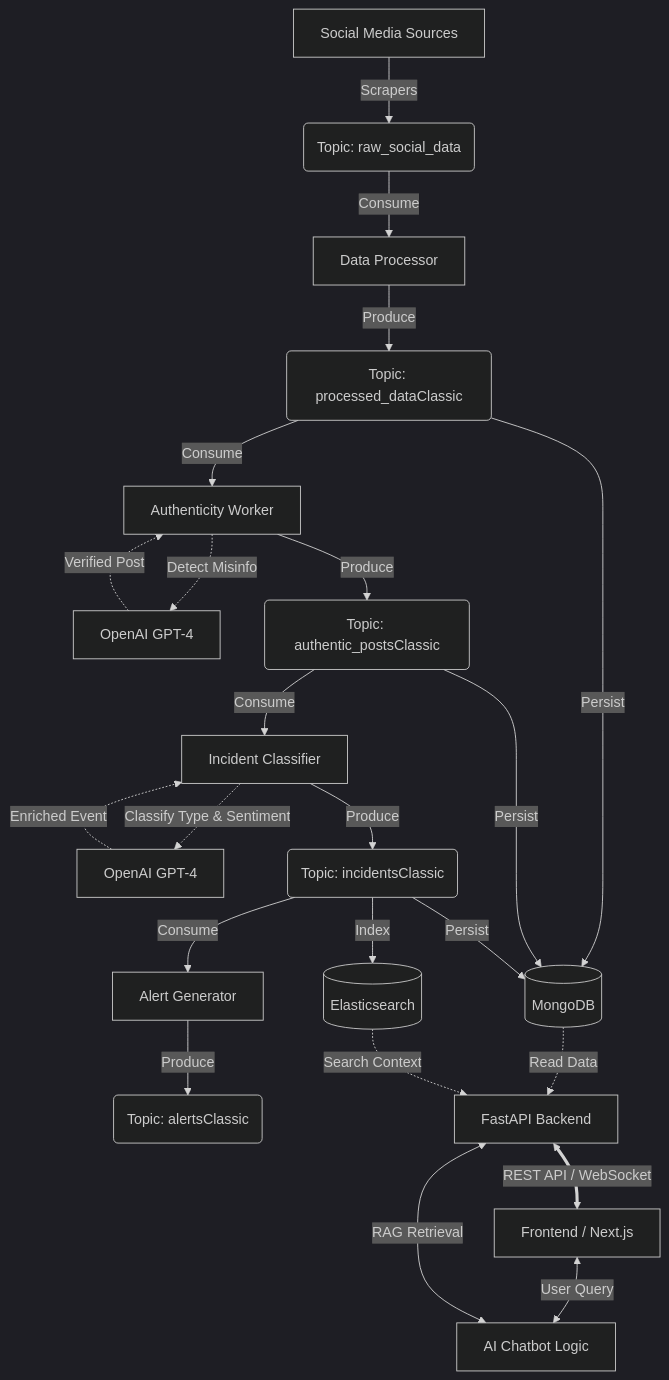
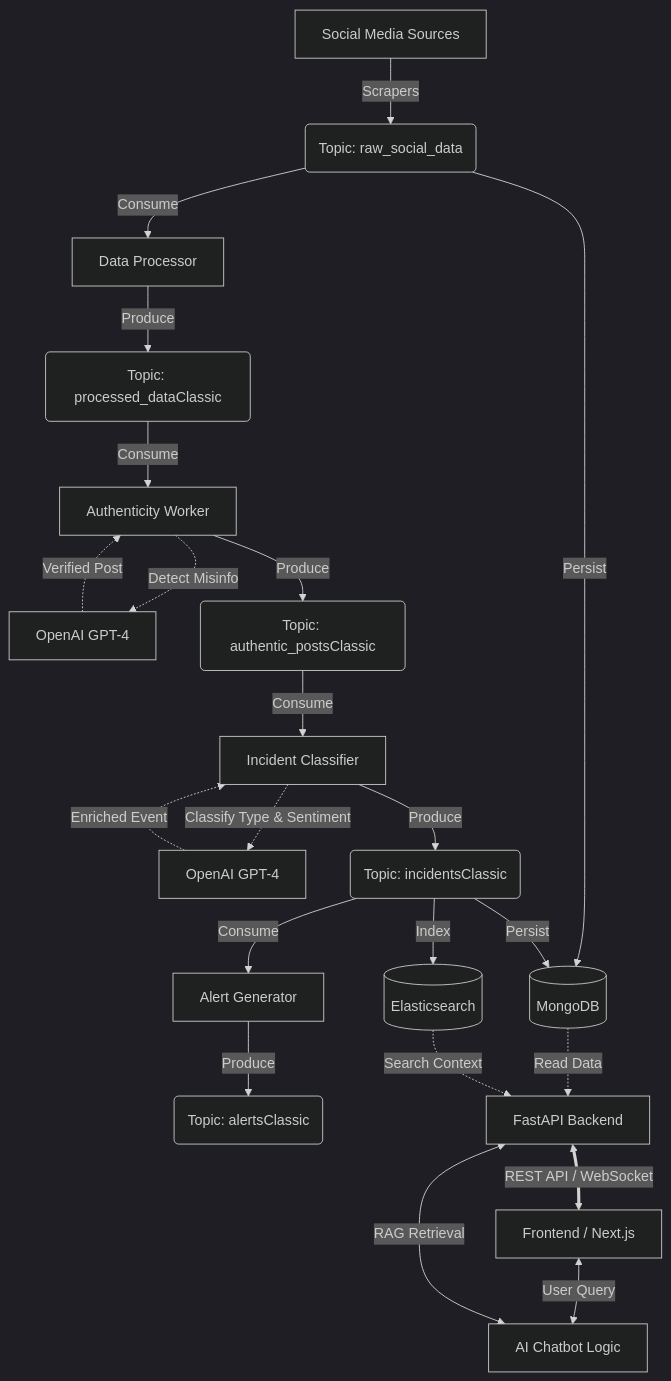
Before and after one commit to rachelfong0320/DisasterLens: the diagram in README.md, drawn with Mermaid (dark theme).

Commit message:
Modify persistence layer connections in README
Updated persistence layer diagram to reflect changes in data flow.

````diff
--- a/README.md
+++ b/README.md
@@ -57,35 +57,35 @@
 ```mermaid
 graph TD
     %% 1. Ingestion Layer
     Sources[Social Media Sources] -->|Scrapers| T1(Topic: raw_social_data)
 
     %% 2. Stream Processing Pipeline (The AI Workers)
     T1 -->|Consume| P1[Data Processor]
     P1 -->|Produce| T2(Topic: processed_dataClassic)
 
     T2 -->|Consume| P2[Authenticity Worker]
     P2 -.->|Detect Misinfo| AI2[OpenAI GPT-4]
     AI2 -.->|Verified Post| P2
     P2 -->|Produce| T3(Topic: authentic_postsClassic)
 
     T3 -->|Consume| P3[Incident Classifier]
     P3 -.->|Classify Type & Sentiment| AI3[OpenAI GPT-4]
     AI3 -.->|Enriched Event| P3
     P3 -->|Produce| T4(Topic: incidentsClassic)
 
     T4 -->|Consume| P4[Alert Generator]
     P4 -->|Produce| T5(Topic: alertsClassic)
 
     %% 3. Persistence Layer (Workers Write Here)
-    T2 & T3 & T4  -->|Persist| DB[(MongoDB)]
+    T1 & T4  -->|Persist| DB[(MongoDB)]
     T4  -->|Index| ES[(Elasticsearch)]
 
     %% 4. Access Layer (FastAPI) - THIS IS THE NEW PART
     DB -.->|Read Data| API[FastAPI Backend]
     ES -.->|Search Context| API
     
     %% 5. Frontend & Chatbot
     API <==>|REST API / WebSocket| FE[Frontend / Next.js]
     FE <-->|User Query| Chat[AI Chatbot Logic]
     Chat <-->|RAG Retrieval| API
 ```
````
